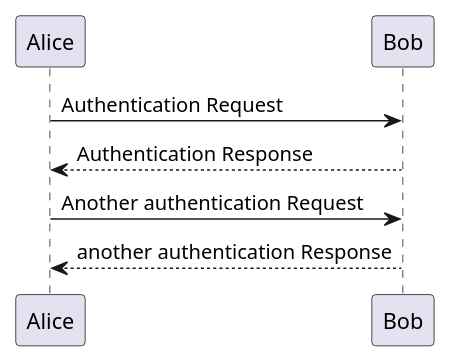
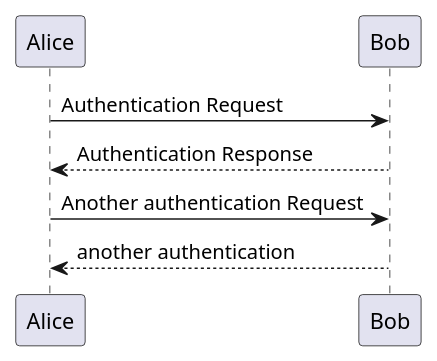
The diagram in dd.puml (kyssion/my-blog), drawn with PlantUML before and after one commit. The commit also changed 1 other file, not shown here.

```diff
--- a/dd.puml
+++ b/dd.puml
@@ -1,7 +1,7 @@
 @startuml
 Alice -> Bob: Authentication Request
 Bob --> Alice: Authentication Response
 
 Alice -> Bob: Another authentication Request
-Alice <-- Bob: another authentication Response
+Alice <-- Bob: another authentication 
 @enduml
```
